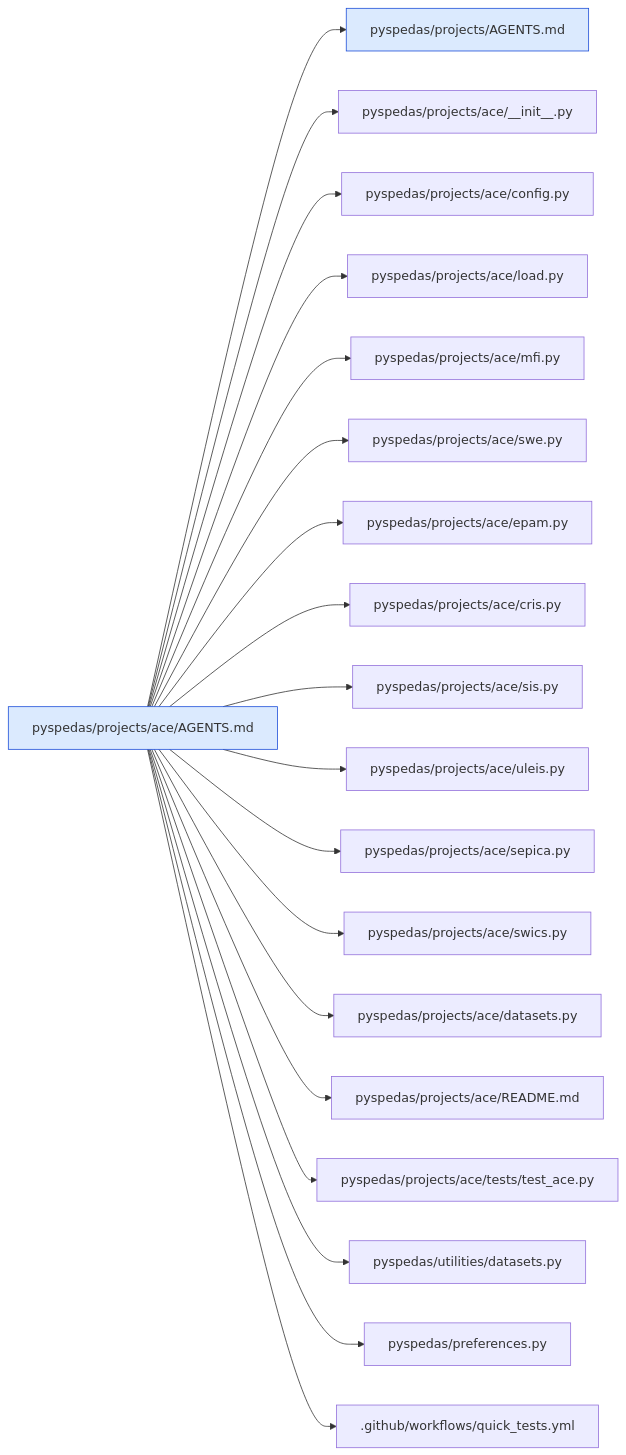
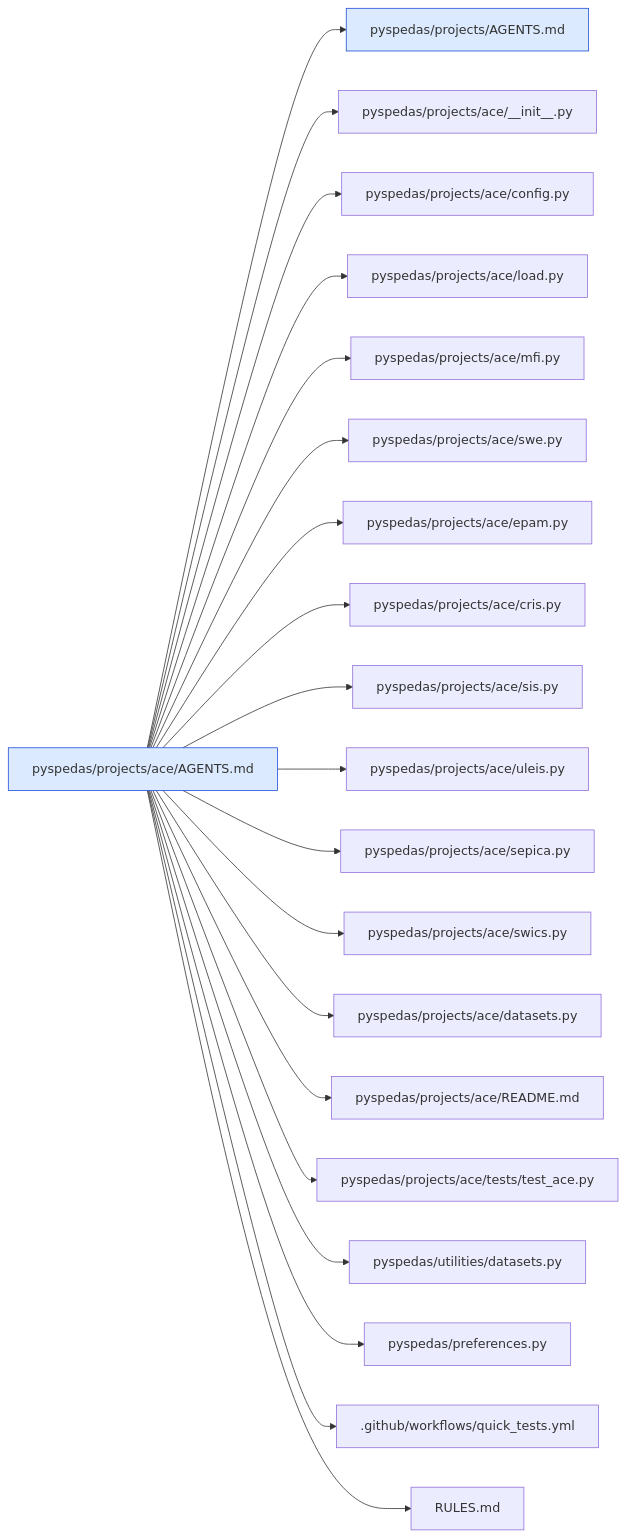
One commit to spedas/pyspedas changed the tenth of 44 diagrams in .agents/map/MAP.md. Above: the diagram before and after it, drawn with Mermaid. The commit also changed other lines of this file and 75 other files, not shown here.

````diff
--- a/.agents/map/MAP.md
+++ b/.agents/map/MAP.md
@@ -504,24 +545,25 @@
 ```mermaid
 graph LR
   classDef agents fill:#dbeafe,stroke:#1d4ed8
   classDef missing fill:#fee2e2,stroke:#b91c1c,stroke-dasharray:4
   self["pyspedas/projects/ace/AGENTS.md"]:::agents
   self --> r0["pyspedas/projects/AGENTS.md"]:::agents
   self --> r1["pyspedas/projects/ace/__init__.py"]
   self --> r2["pyspedas/projects/ace/config.py"]
   self --> r3["pyspedas/projects/ace/load.py"]
   self --> r4["pyspedas/projects/ace/mfi.py"]
   self --> r5["pyspedas/projects/ace/swe.py"]
   self --> r6["pyspedas/projects/ace/epam.py"]
   self --> r7["pyspedas/projects/ace/cris.py"]
   self --> r8["pyspedas/projects/ace/sis.py"]
   self --> r9["pyspedas/projects/ace/uleis.py"]
   self --> r10["pyspedas/projects/ace/sepica.py"]
   self --> r11["pyspedas/projects/ace/swics.py"]
   self --> r12["pyspedas/projects/ace/datasets.py"]
   self --> r13["pyspedas/projects/ace/README.md"]
   self --> r14["pyspedas/projects/ace/tests/test_ace.py"]
   self --> r15["pyspedas/utilities/datasets.py"]
   self --> r16["pyspedas/preferences.py"]
   self --> r17[".github/workflows/quick_tests.yml"]
+  self --> r18["RULES.md"]
 ```
````
